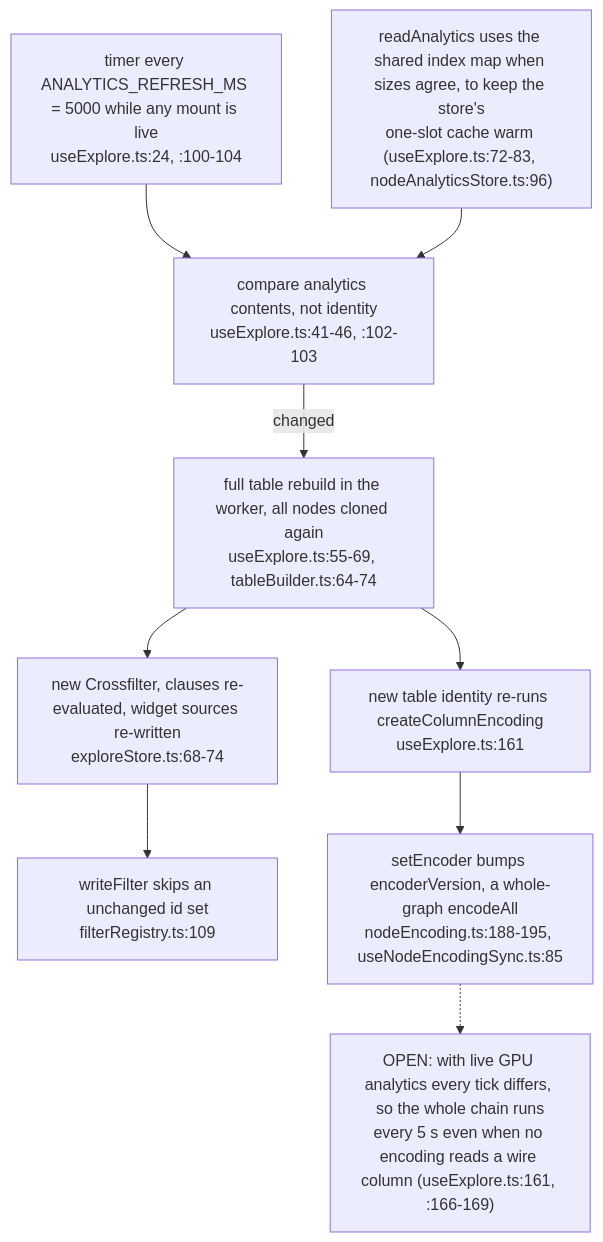
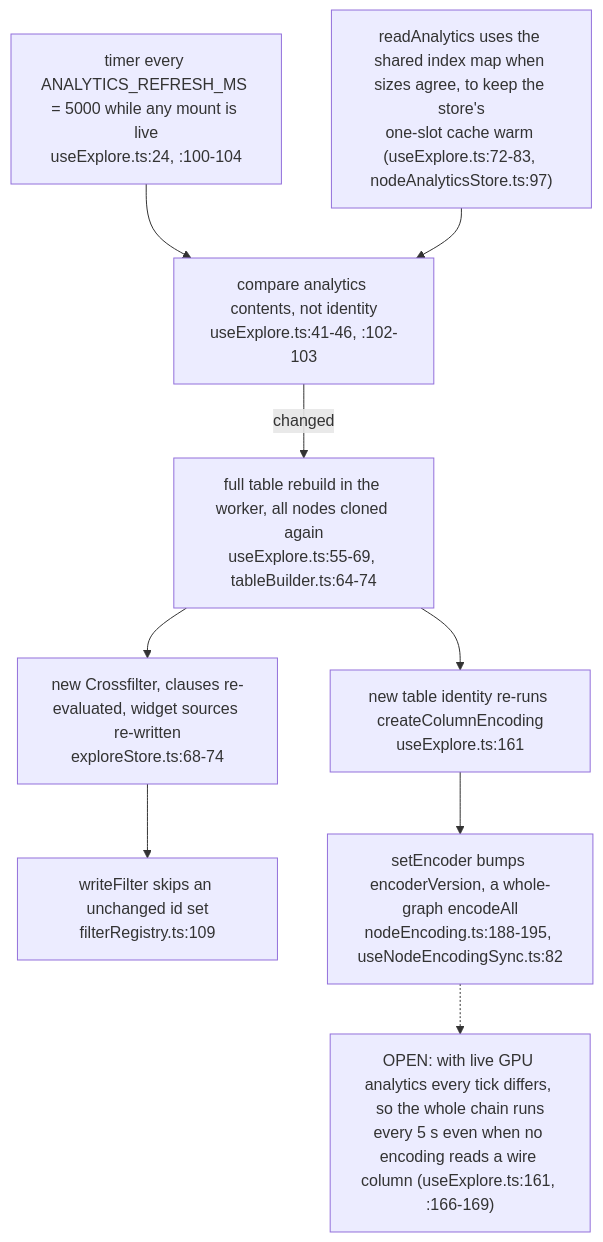
Before and after one commit to DreamLab-AI/VisionFlow: diagram 11 of 11 in docs/diagrams/visionclaw/56-client-explore-layer.md, drawn with Mermaid. The commit also changed other lines of this file and 46 other files, not shown here.

Commit message:
docs(diagrams): re-verify VisionClaw topics at 809a859aa/a950f4d80 after the consolidation pass

````diff
--- a/docs/diagrams/visionclaw/56-client-explore-layer.md
+++ b/docs/diagrams/visionclaw/56-client-explore-layer.md
@@ -293,12 +295,12 @@
 ```mermaid
 flowchart TB
     T["timer every ANALYTICS_REFRESH_MS = 5000 while any mount is live<br/>useExplore.ts:24, :100-104"]
     T --> CMP["compare analytics contents, not identity<br/>useExplore.ts:41-46, :102-103"]
     CMP -->|"changed"| RB["full table rebuild in the worker, all nodes cloned again<br/>useExplore.ts:55-69, tableBuilder.ts:64-74"]
     RB --> XF["new Crossfilter, clauses re-evaluated, widget sources re-written<br/>exploreStore.ts:68-74"]
     XF --> DEDUP["writeFilter skips an unchanged id set<br/>filterRegistry.ts:109"]
     RB --> NEWT["new table identity re-runs createColumnEncoding<br/>useExplore.ts:161"]
-    NEWT --> SE["setEncoder bumps encoderVersion, a whole-graph encodeAll<br/>nodeEncoding.ts:188-195, useNodeEncodingSync.ts:85"]
-    RA["readAnalytics uses the shared index map when sizes agree, to keep the store's<br/>one-slot cache warm (useExplore.ts:72-83, nodeAnalyticsStore.ts:96)"] --> CMP
+    NEWT --> SE["setEncoder bumps encoderVersion, a whole-graph encodeAll<br/>nodeEncoding.ts:188-195, useNodeEncodingSync.ts:82"]
+    RA["readAnalytics uses the shared index map when sizes agree, to keep the store's<br/>one-slot cache warm (useExplore.ts:72-83, nodeAnalyticsStore.ts:97)"] --> CMP
     SE -.-> OPEN1["OPEN: with live GPU analytics every tick differs, so the whole chain runs<br/>every 5 s even when no encoding reads a wire column (useExplore.ts:161, :166-169)"]
 ```
````
